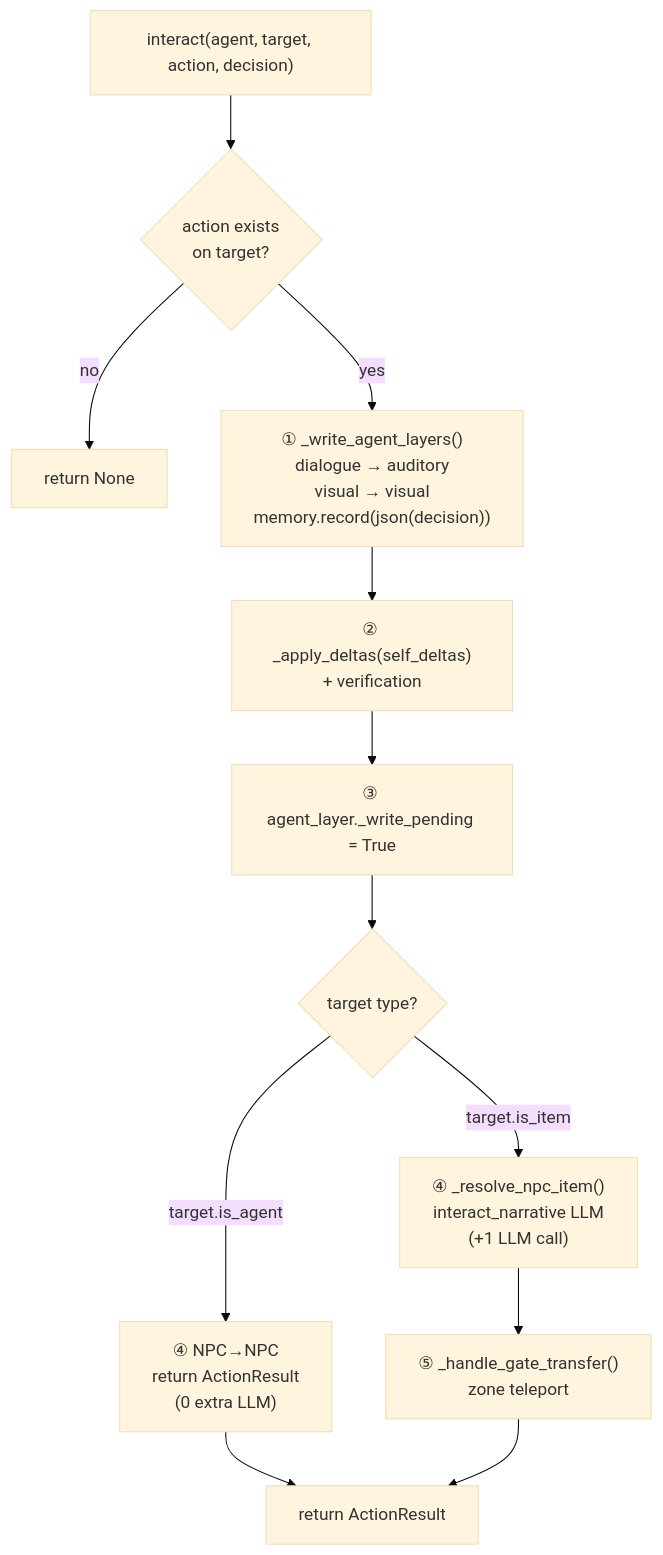
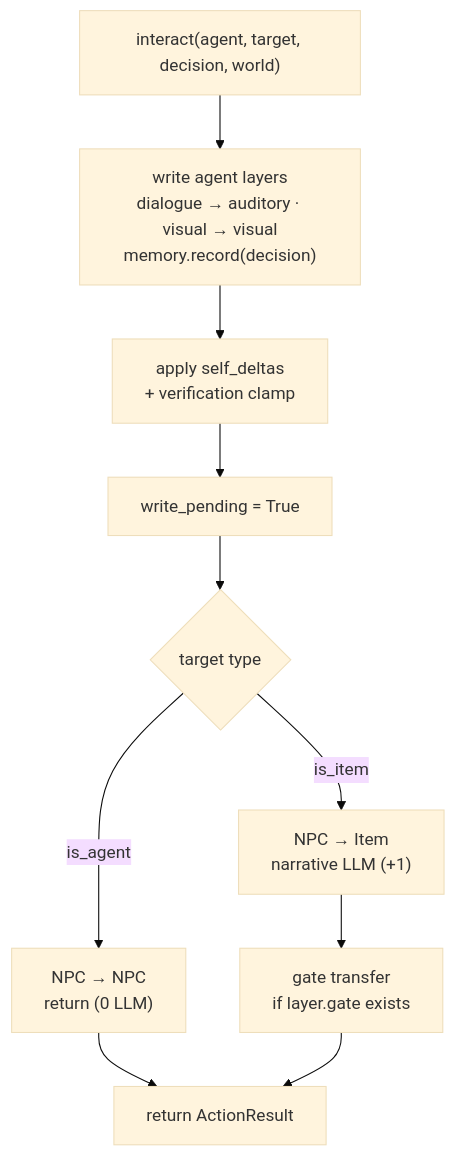
The sixth of 6 diagrams in README.md (flaverse/AgentWorld_Async_UI), drawn with Mermaid (base theme) before and after one commit. The commit also changed other lines of this file and 25 other files, not shown here.

````diff
--- a/README.md
+++ b/README.md
@@ -243,26 +226,25 @@
 ```mermaid
 flowchart TD
-    interact["interact(agent, target, action, decision)"]
-    validate{"action exists<br/>on target?"}
-    error["return None"]
-    write_layers["① _write_agent_layers()<br/>dialogue → auditory<br/>visual → visual<br/>memory.record(json(decision))"]
-    apply_d["② _apply_deltas(self_deltas)<br/>+ verification"]
-    lock["③ agent_layer._write_pending = True"]
-    branch{"target type?"}
-    npc_done["④ NPC→NPC<br/>return ActionResult<br/>(0 extra LLM)"]
-    npc_item["④ _resolve_npc_item()<br/>interact_narrative LLM<br/>(+1 LLM call)"]
-    gate["⑤ _handle_gate_transfer()<br/>zone teleport"]
+    interact["interact(agent, target, decision, world)"]
+
+    write["write agent layers<br/>dialogue → auditory · visual → visual<br/>memory.record(decision)"]
+    deltas["apply self_deltas<br/>+ verification clamp"]
+    lock["write_pending = True"]
+
+    branch{"target type"}
+    npc["NPC → NPC<br/>return (0 LLM)"]
+    item["NPC → Item<br/>narrative LLM (+1)"]
+    gate["gate transfer<br/>if layer.gate exists"]
+
     result["return ActionResult"]
 
-    interact --> validate
-    validate -->|no| error
-    validate -->|yes| write_layers
-    write_layers --> apply_d
-    apply_d --> lock
+    interact --> write
+    write --> deltas
+    deltas --> lock
     lock --> branch
-    branch -->|target.is_agent| npc_done
-    branch -->|target.is_item| npc_item
-    npc_item --> gate
-    npc_done --> result
+    branch -->|is_agent| npc
+    branch -->|is_item| item
+    item --> gate
+    npc --> result
     gate --> result
 ```
````
